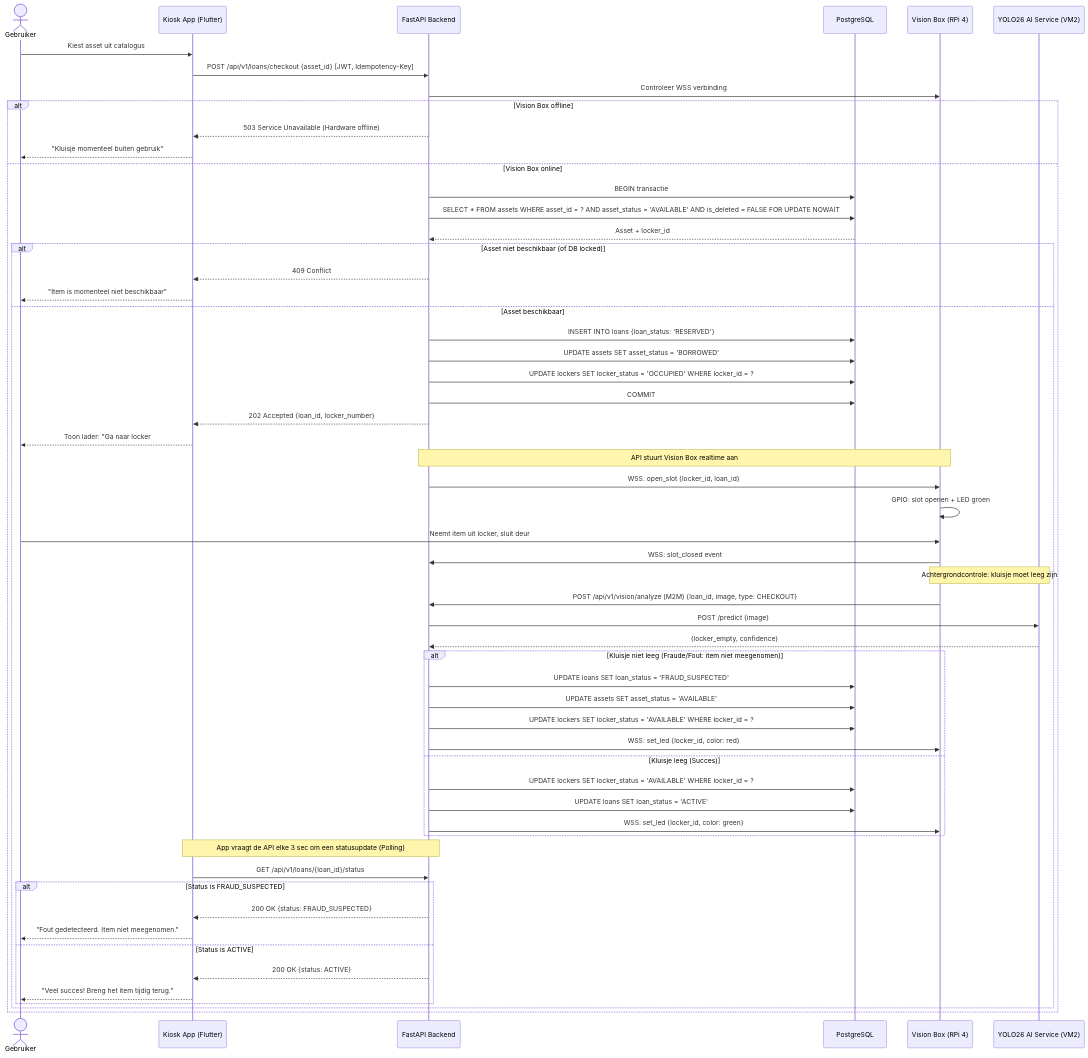
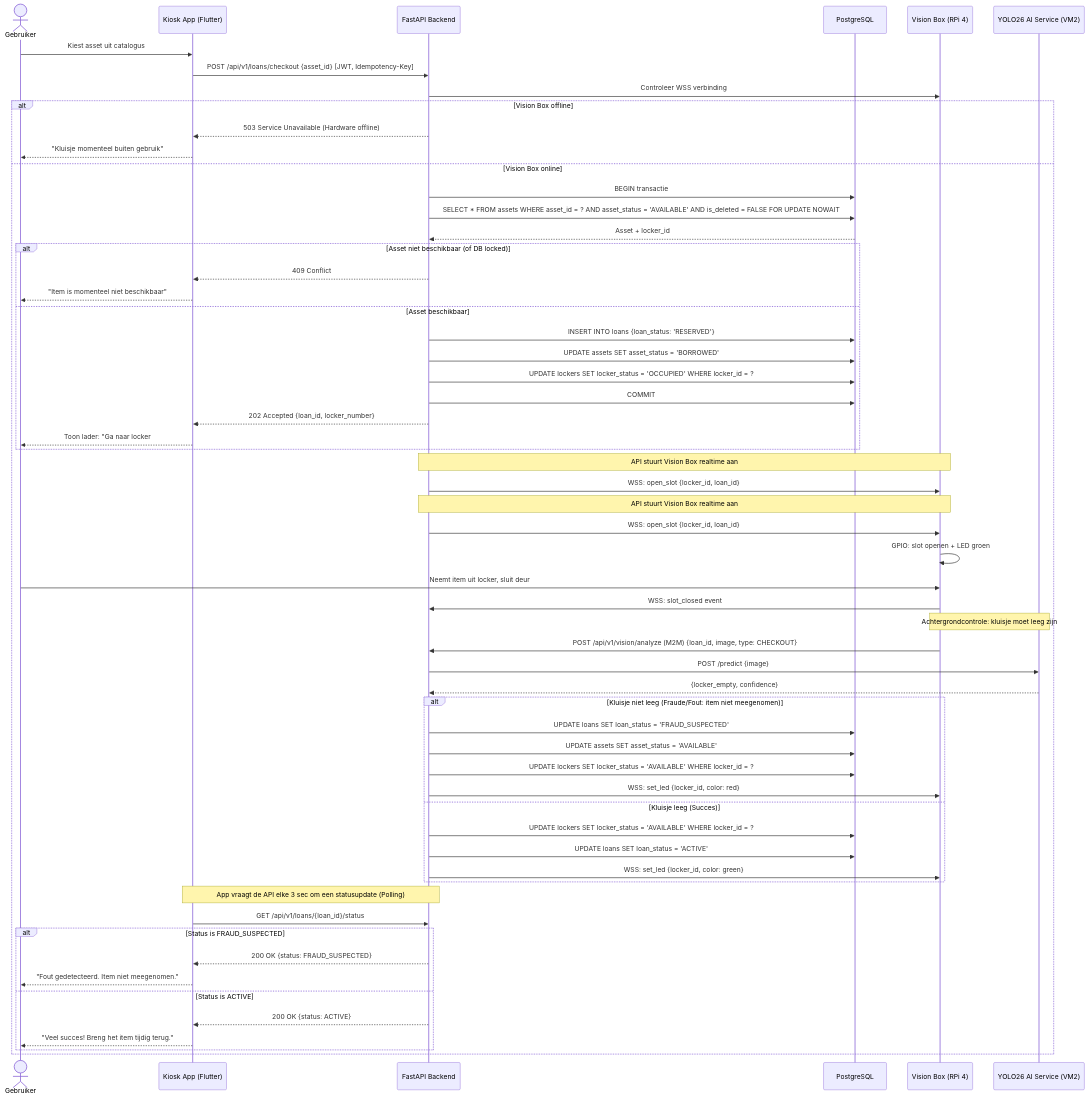
Before and after one commit to easylend-practice-enterprise/easylend: the diagram in docs/diagrams/sequence_checkout.mmd, drawn with Mermaid. The commit also changed 4 other files, not shown here.

Commit message:
fix: mermaid rendering and copilot logic fixes

```diff
--- a/docs/diagrams/sequence_checkout.mmd
+++ b/docs/diagrams/sequence_checkout.mmd
@@ -1,66 +1,69 @@
 sequenceDiagram
     actor User as Gebruiker
     participant App as Kiosk App (Flutter)
     participant API as FastAPI Backend
     participant DB as PostgreSQL
     participant VB as Vision Box (RPi 4)
     participant AI as YOLO26 AI Service (VM2)
 
     User->>App: Kiest asset uit catalogus
     App->>API: POST /api/v1/loans/checkout {asset_id} [JWT, Idempotency-Key]
     
     API->>VB: Controleer WSS verbinding
     alt Vision Box offline
         API-->>App: 503 Service Unavailable (Hardware offline)
         App-->>User: "Kluisje momenteel buiten gebruik"
     else Vision Box online
         API->>DB: BEGIN transactie
         API->>DB: SELECT * FROM assets WHERE asset_id = ? AND asset_status = 'AVAILABLE' AND is_deleted = FALSE FOR UPDATE NOWAIT
         DB-->>API: Asset + locker_id
 
         alt Asset niet beschikbaar (of DB locked)
             API-->>App: 409 Conflict
             App-->>User: "Item is momenteel niet beschikbaar"
         else Asset beschikbaar
             API->>DB: INSERT INTO loans {loan_status: 'RESERVED'}
             API->>DB: UPDATE assets SET asset_status = 'BORROWED'
             API->>DB: UPDATE lockers SET locker_status = 'OCCUPIED' WHERE locker_id = ?
             API->>DB: COMMIT
             API-->>App: 202 Accepted {loan_id, locker_number}
             App-->>User: Toon lader: "Ga naar locker #N"
+        end
+        
+        Note over API,VB: API stuurt Vision Box realtime aan
+        API->>VB: WSS: open_slot {locker_id, loan_id}
 
         Note over API,VB: API stuurt Vision Box realtime aan
         API->>VB: WSS: open_slot {locker_id, loan_id}
         VB->>VB: GPIO: slot openen + LED groen
 
         User->>VB: Neemt item uit locker, sluit deur
         VB->>API: WSS: slot_closed event
 
         Note over VB,AI: Achtergrondcontrole: kluisje moet leeg zijn
         VB->>API: POST /api/v1/vision/analyze (M2M) {loan_id, image, type: CHECKOUT}
         API->>AI: POST /predict {image}
         AI-->>API: {locker_empty, confidence}
 
         alt Kluisje niet leeg (Fraude/Fout: item niet meegenomen)
             API->>DB: UPDATE loans SET loan_status = 'FRAUD_SUSPECTED'
             API->>DB: UPDATE assets SET asset_status = 'AVAILABLE'
             API->>DB: UPDATE lockers SET locker_status = 'AVAILABLE' WHERE locker_id = ?
             API->>VB: WSS: set_led {locker_id, color: red}
         else Kluisje leeg (Succes)
             API->>DB: UPDATE lockers SET locker_status = 'AVAILABLE' WHERE locker_id = ?
             API->>DB: UPDATE loans SET loan_status = 'ACTIVE'
             API->>VB: WSS: set_led {locker_id, color: green}
         end
 
         Note over App,API: App vraagt de API elke 3 sec om een statusupdate (Polling)
         App->>API: GET /api/v1/loans/{loan_id}/status
         
         alt Status is FRAUD_SUSPECTED
             API-->>App: 200 OK {status: FRAUD_SUSPECTED}
             App-->>User: "Fout gedetecteerd. Item niet meegenomen."
         else Status is ACTIVE
             API-->>App: 200 OK {status: ACTIVE}
             App-->>User: "Veel succes! Breng het item tijdig terug."
         end
     end
-end
```
